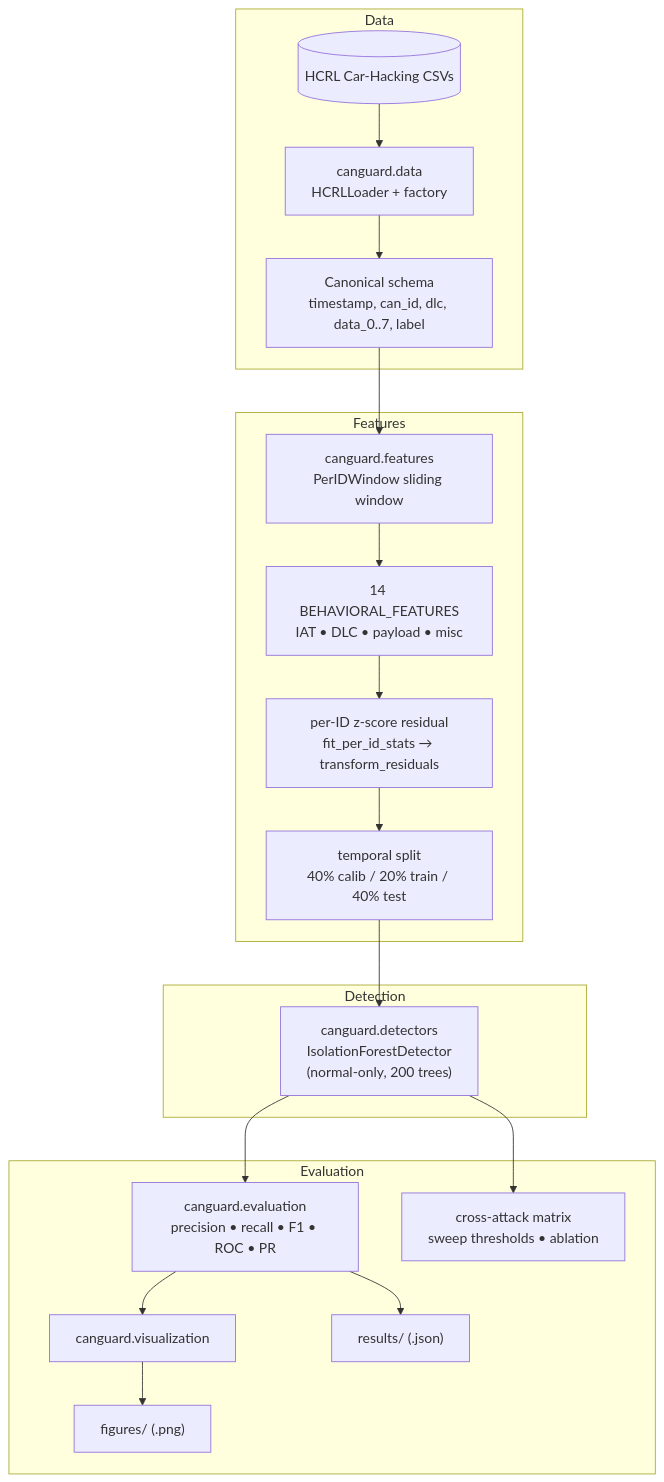
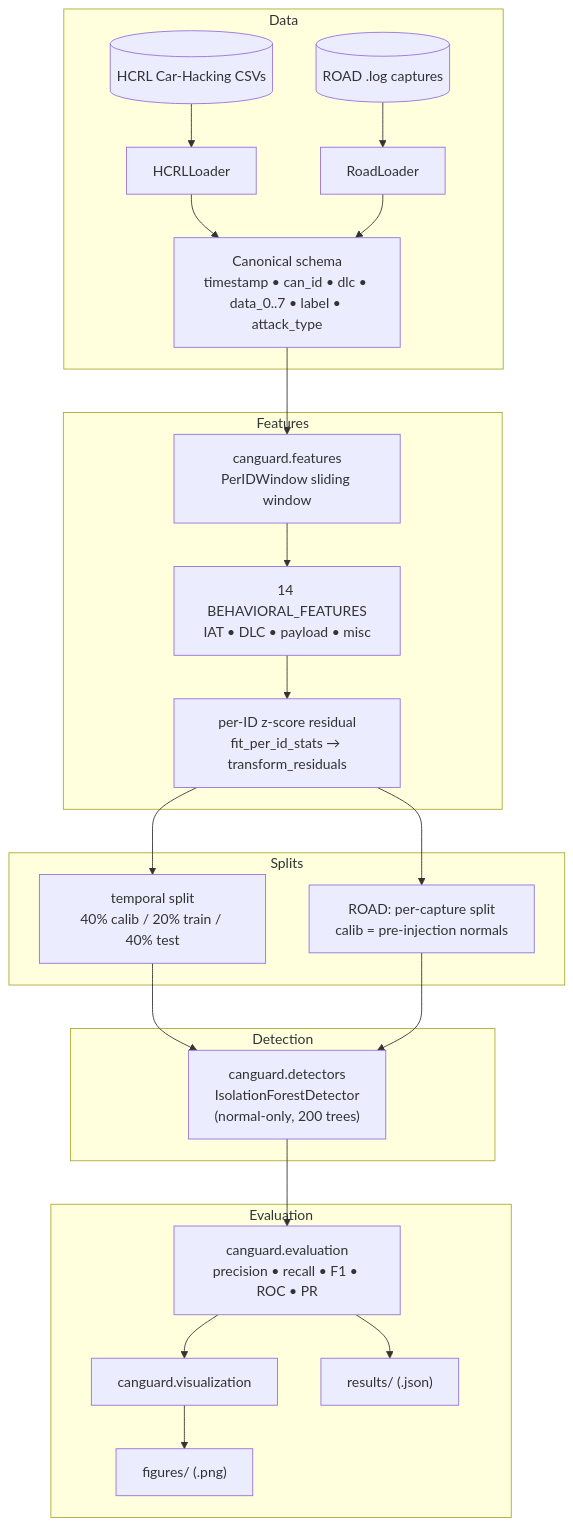
Before and after one commit to ChandanHegde07/CANguard: the first of 2 diagrams in README.md, drawn with Mermaid. The commit also changed other lines of this file and 10 other files, not shown here.

````diff
--- a/README.md
+++ b/README.md
@@ -7,26 +7,32 @@
 ```mermaid
 flowchart TD
     subgraph Data
-        CSV[("HCRL Car-Hacking CSVs")] --> Loader["canguard.data<br/>HCRLLoader + factory"]
-        Loader --> Schema["Canonical schema<br/>timestamp, can_id, dlc, data_0..7, label"]
+        H[("HCRL Car-Hacking CSVs")] --> HL["HCRLLoader"]
+        R[("ROAD .log captures")] --> RL["RoadLoader"]
+        HL --> CS["Canonical schema<br/>timestamp • can_id • dlc • data_0..7 • label • attack_type"]
+        RL --> CS
     end
 
     subgraph Features
-        Schema --> Win["canguard.features<br/>PerIDWindow sliding window"]
-        Win --> BFeats["14 BEHAVIORAL_FEATURES<br/>IAT • DLC • payload • misc"]
-        BFeats --> Residual["per-ID z-score residual<br/>fit_per_id_stats → transform_residuals"]
-        Residual --> Split["temporal split<br/>40% calib / 20% train / 40% test"]
+        CS --> Win["canguard.features<br/>PerIDWindow sliding window"]
+        Win --> BF["14 BEHAVIORAL_FEATURES<br/>IAT • DLC • payload • misc"]
+        BF --> Res["per-ID z-score residual<br/>fit_per_id_stats → transform_residuals"]
+    end
+
+    subgraph Splits
+        Res --> SPLIT["temporal split<br/>40% calib / 20% train / 40% test"]
+        Res --> PERCAP["ROAD: per-capture split<br/>calib = pre-injection normals"]
     end
 
     subgraph Detection
-        Split --> IF["canguard.detectors<br/>IsolationForestDetector<br/>(normal-only, 200 trees)"]
+        SPLIT --> IF["canguard.detectors<br/>IsolationForestDetector<br/>(normal-only, 200 trees)"]
+        PERCAP --> IF
     end
 
     subgraph Evaluation
         IF --> Metrics["canguard.evaluation<br/>precision • recall • F1 • ROC • PR"]
-        IF --> Cross["cross-attack matrix<br/>sweep thresholds • ablation"]
         Metrics --> Viz["canguard.visualization"]
         Viz --> Figs["figures/ (.png)"]
-        Metrics --> Res["results/ (.json)"]
+        Metrics --> ResOut["results/ (.json)"]
     end
 ```
````
